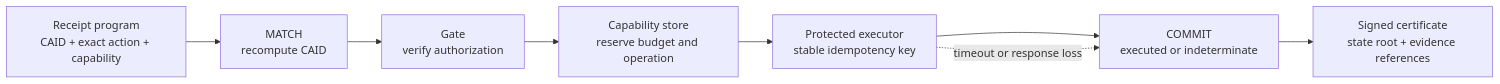
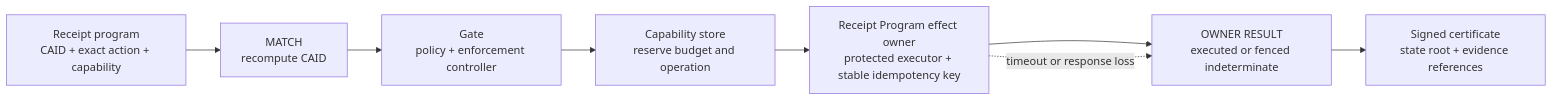
One commit to emiliaprotocol/emilia-protocol changed the diagram in docs/architecture/RECEIPT-PROGRAM-EXECUTION-KERNEL.md. Above: the diagram before and after it, drawn with Mermaid. The commit also changed other lines of this file and 453 other files, not shown here.

````diff
--- a/docs/architecture/RECEIPT-PROGRAM-EXECUTION-KERNEL.md
+++ b/docs/architecture/RECEIPT-PROGRAM-EXECUTION-KERNEL.md
@@ -28,13 +35,13 @@
 ```mermaid
 flowchart LR
   R["Receipt program<br/>CAID + exact action + capability"]
   M["MATCH<br/>recompute CAID"]
-  G["Gate<br/>verify authorization"]
+  G["Gate<br/>policy + enforcement controller"]
   B["Capability store<br/>reserve budget and operation"]
-  E["Protected executor<br/>stable idempotency key"]
-  C["COMMIT<br/>executed or indeterminate"]
+  E["Receipt Program effect owner<br/>protected executor + stable idempotency key"]
+  C["OWNER RESULT<br/>executed or fenced indeterminate"]
   P["Signed certificate<br/>state root + evidence references"]
 
   R --> M --> G --> B --> E --> C --> P
   E -. "timeout or response loss" .-> C
 ```
````
